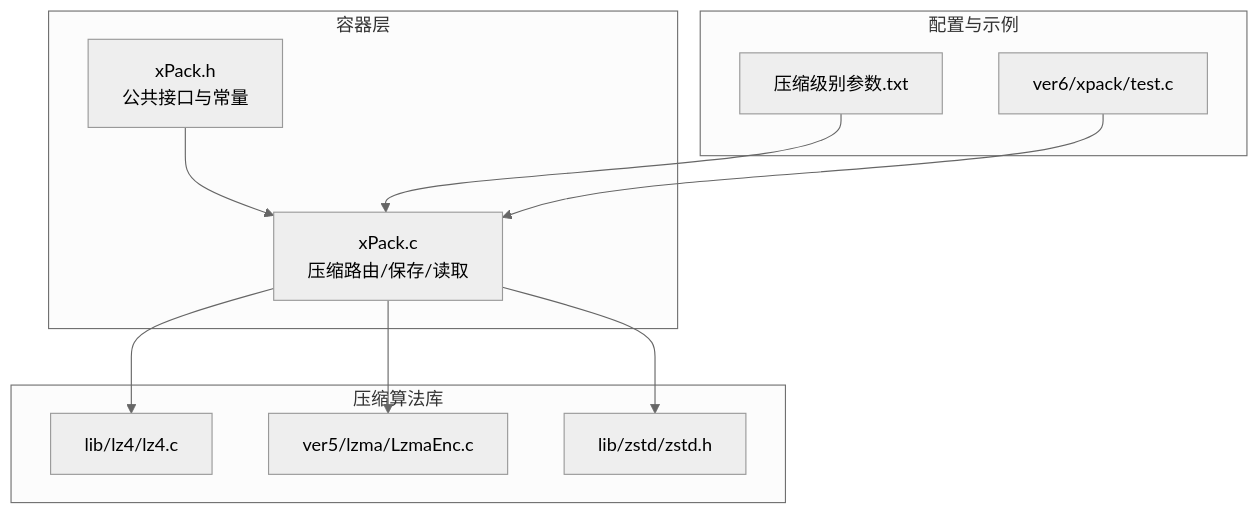
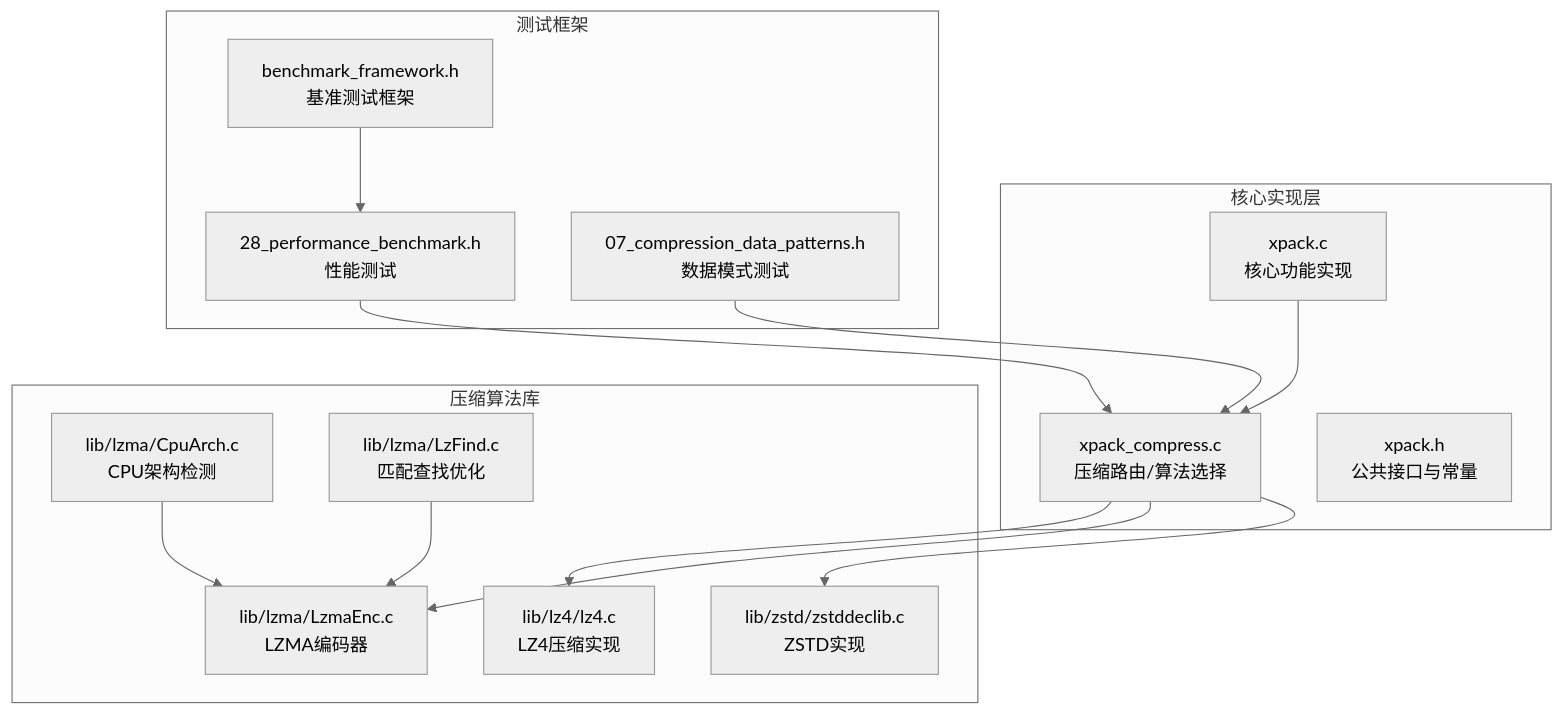
One commit to xywhsoft/xpack changed the first of 3 diagrams in .qoder/repowiki/zh/content/压缩算法集成/压缩性能对比与选择.md. Above: the diagram before and after it, drawn with Mermaid (neutral theme). The commit also changed other lines of this file and 42 other files, not shown here.

````diff
--- a/.qoder/repowiki/zh/content/压缩算法集成/压缩性能对比与选择.md
+++ b/.qoder/repowiki/zh/content/压缩算法集成/压缩性能对比与选择.md
@@ -38,22 +52,29 @@
 ```mermaid
 graph TB
-subgraph "容器层"
-XPack["xPack.c<br/>压缩路由/保存/读取"]
-API["xPack.h<br/>公共接口与常量"]
+subgraph "核心实现层"
+XPack["xpack_compress.c<br/>压缩路由/算法选择"]
+Core["xpack.c<br/>核心功能实现"]
+Header["xpack.h<br/>公共接口与常量"]
 end
 subgraph "压缩算法库"
-LZ4["lib/lz4/lz4.c"]
-LZMA["ver5/lzma/LzmaEnc.c"]
-ZSTD["lib/zstd/zstd.h"]
+LZ4["lib/lz4/lz4.c<br/>LZ4压缩实现"]
+LZMA["lib/lzma/LzmaEnc.c<br/>LZMA编码器"]
+CPU["lib/lzma/CpuArch.c<br/>CPU架构检测"]
+LZFind["lib/lzma/LzFind.c<br/>匹配查找优化"]
+ZSTD["lib/zstd/zstddeclib.c<br/>ZSTD实现"]
 end
-subgraph "配置与示例"
-CFG["压缩级别参数.txt"]
-TEST["ver6/xpack/test.c"]
+subgraph "测试框架"
+Bench["benchmark_framework.h<br/>基准测试框架"]
+Perf["28_performance_benchmark.h<br/>性能测试"]
+Pattern["07_compression_data_patterns.h<br/>数据模式测试"]
 end
 XPack --> LZ4
 XPack --> LZMA
 XPack --> ZSTD
-API --> XPack
-CFG --> XPack
-TEST --> XPack
+Core --> XPack
+CPU --> LZMA
+LZFind --> LZMA
+Bench --> Perf
+Perf --> XPack
+Pattern --> XPack
 ```
````
